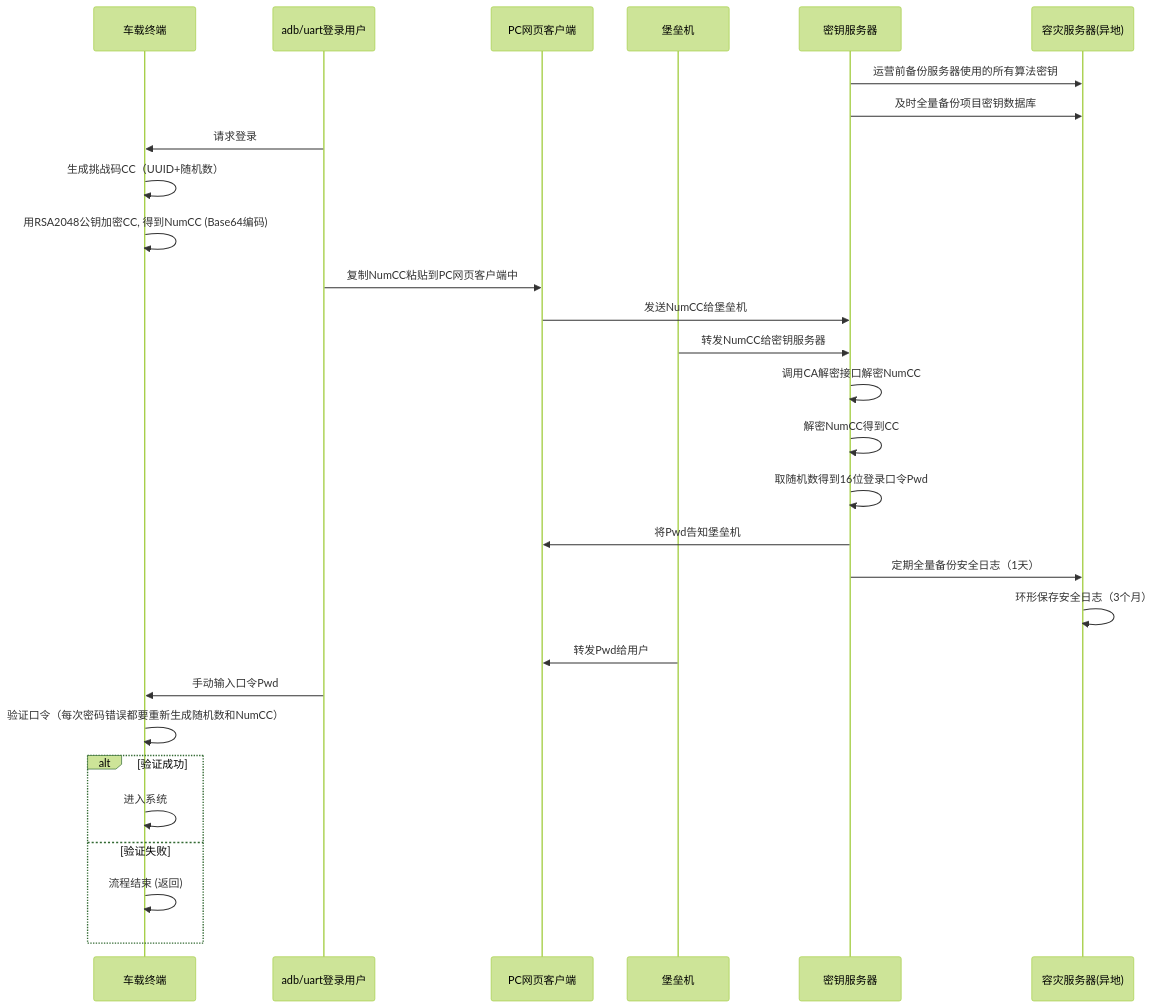
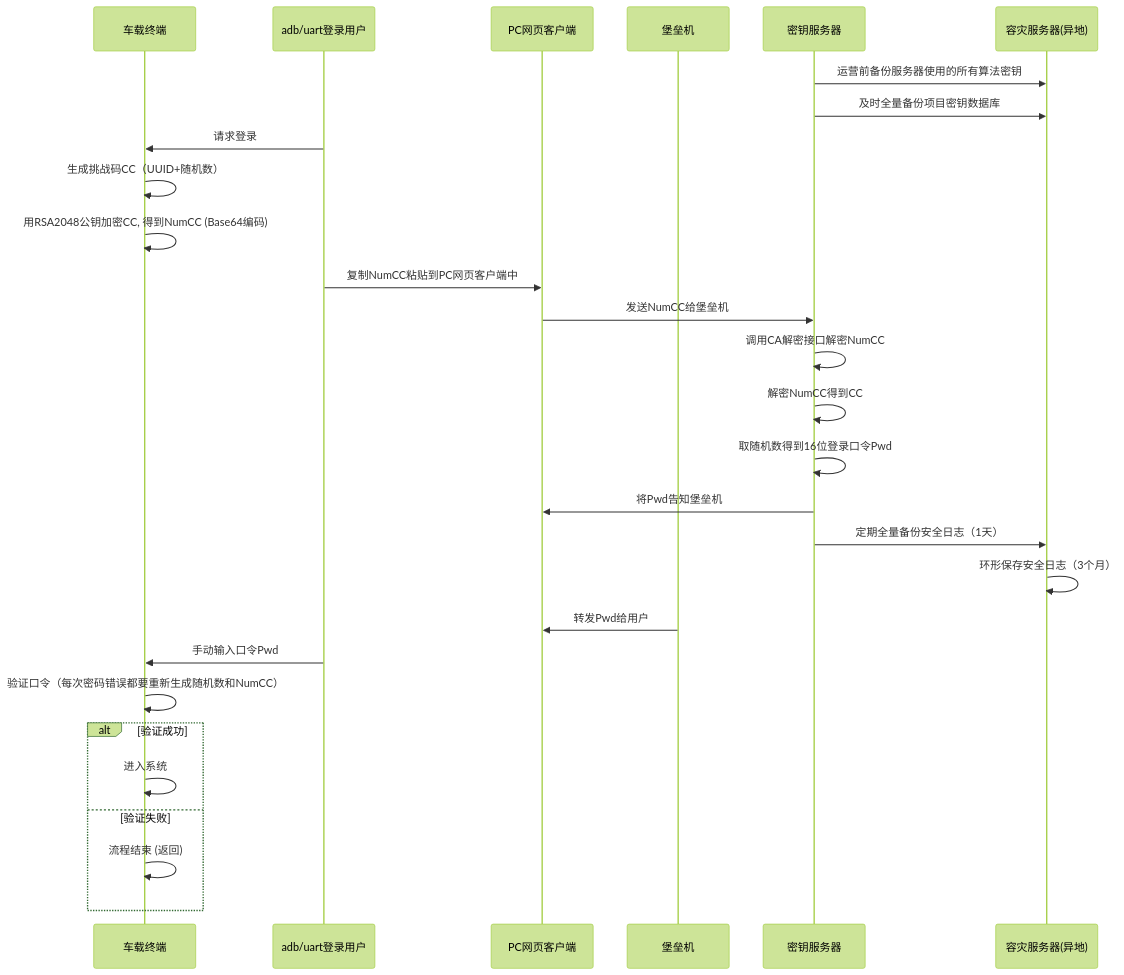
One commit to facebook-cloud/iodraw-files changed the diagram in all/未命名-19.md. Above: the diagram before and after it, drawn with Mermaid (forest theme).

Commit message:
2026-03-17 10:24:09 update

````diff
--- a/all/未命名-19.md
+++ b/all/未命名-19.md
@@ -1,36 +1,35 @@
 ```mermaid
 sequenceDiagram
     participant tbox as 车载终端
     participant user as adb/uart登录用户
     participant pc as PC网页客户端
     participant bastion as 堡垒机
     participant tech_center as 密钥服务器
     participant backup as 容灾服务器(异地)
   
     tech_center->>backup: 运营前备份服务器使用的所有算法密钥
     tech_center->>backup: 及时全量备份项目密钥数据库
 
     user->>tbox: 请求登录
     tbox->>tbox: 生成挑战码CC（UUID+随机数）
     tbox->>tbox: 用RSA2048公钥加密CC, 得到NumCC (Base64编码)
     user->>pc: 复制NumCC粘贴到PC网页客户端中
     pc->>tech_center: 发送NumCC给堡垒机
-    bastion->>tech_center: 转发NumCC给密钥服务器
     tech_center->>tech_center: 调用CA解密接口解密NumCC
     tech_center->>tech_center: 解密NumCC得到CC
     tech_center->>tech_center: 取随机数得到16位登录口令Pwd
     tech_center->>pc: 将Pwd告知堡垒机
 
     tech_center->>backup: 定期全量备份安全日志（1天）
     backup->>backup: 环形保存安全日志（3个月）
     bastion->>pc: 转发Pwd给用户
     user->>tbox: 手动输入口令Pwd
     tbox->>tbox: 验证口令（每次密码错误都要重新生成随机数和NumCC）
     alt 验证成功
         tbox->>tbox: 进入系统
     else 验证失败
         tbox->>tbox: 流程结束 (返回)
     end
 
 
 ```
````
